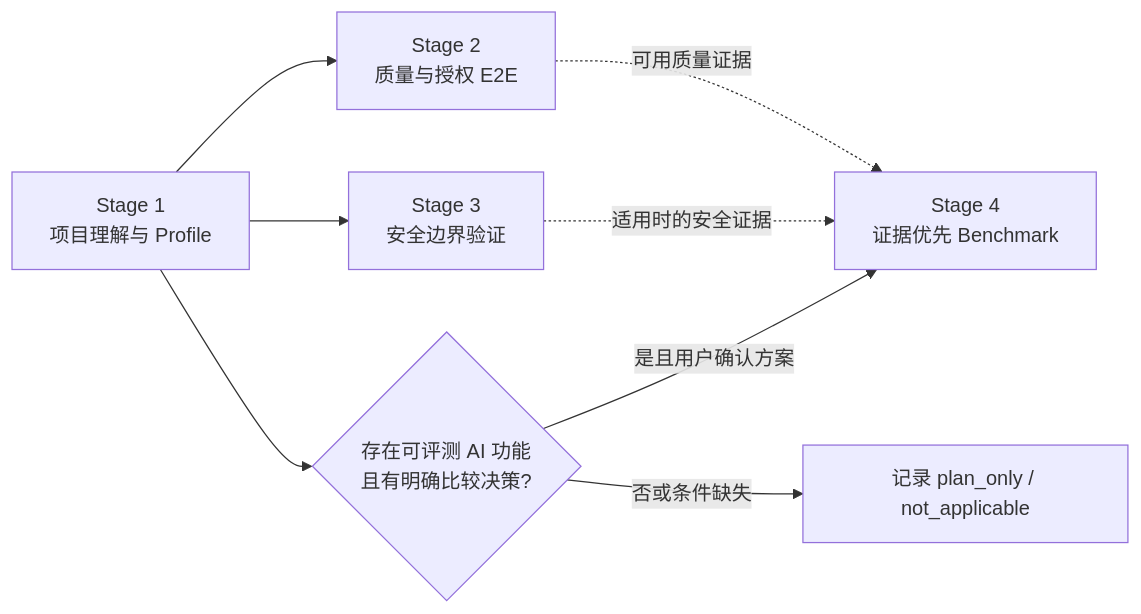
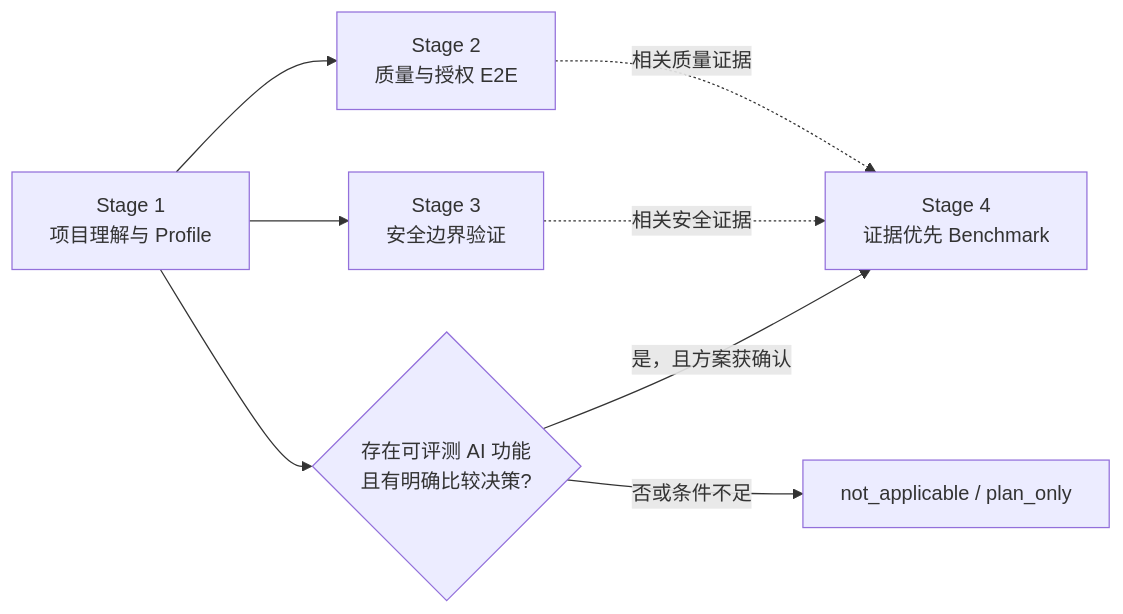
One commit to Conradgui/project-verifier-skill changed the diagram in README.md. Above: the diagram before and after it, drawn with Mermaid. The commit also changed other lines of this file, not shown here.

````diff
--- a/README.md
+++ b/README.md
@@ -78,10 +62,10 @@
 ```mermaid
 flowchart LR
   S1["Stage 1\n项目理解与 Profile"] --> S2["Stage 2\n质量与授权 E2E"]
   S1 --> S3["Stage 3\n安全边界验证"]
   S1 --> G{"存在可评测 AI 功能\n且有明确比较决策?"}
-  S2 -. "可用质量证据" .-> B["Stage 4\n证据优先 Benchmark"]
-  S3 -. "适用时的安全证据" .-> B
-  G -->|"是且用户确认方案"| B
-  G -->|"否或条件缺失"| P["记录 plan_only / not_applicable"]
+  S2 -. "相关质量证据" .-> S4["Stage 4\n证据优先 Benchmark"]
+  S3 -. "相关安全证据" .-> S4
+  G -->|"是，且方案获确认"| S4
+  G -->|"否或条件不足"| NA["not_applicable / plan_only"]
 ```
````
